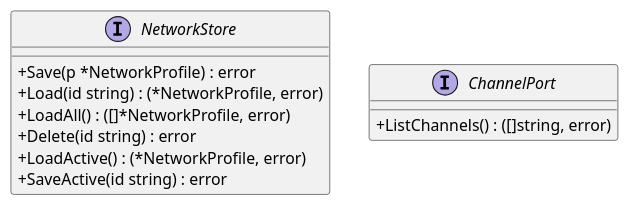
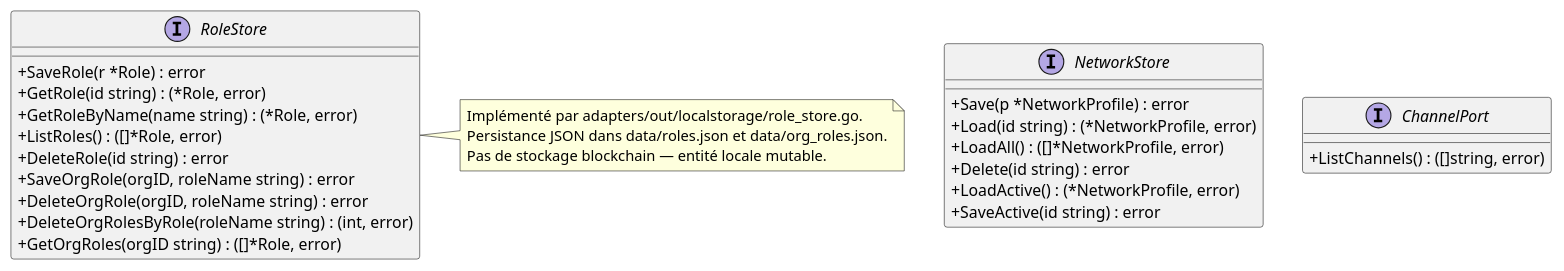
The fifth of 5 diagrams in specs/3-Conception/DC_D2_Administration.md (olivaux/myr), drawn with PlantUML before and after one commit. The commit also changed other lines of this file and 12 other files, not shown here.

````diff
--- a/specs/3-Conception/DC_D2_Administration.md
+++ b/specs/3-Conception/DC_D2_Administration.md
@@ -194,18 +273,35 @@
 ```plantuml
 @startuml
 skinparam classAttributeIconSize 0
 
 interface NetworkStore {
   + Save(p *NetworkProfile) : error
   + Load(id string) : (*NetworkProfile, error)
   + LoadAll() : ([]*NetworkProfile, error)
   + Delete(id string) : error
   + LoadActive() : (*NetworkProfile, error)
   + SaveActive(id string) : error
 }
 
 interface ChannelPort {
   + ListChannels() : ([]string, error)
 }
+
+interface RoleStore {
+  + SaveRole(r *Role) : error
+  + GetRole(id string) : (*Role, error)
+  + GetRoleByName(name string) : (*Role, error)
+  + ListRoles() : ([]*Role, error)
+  + DeleteRole(id string) : error
+  + SaveOrgRole(orgID, roleName string) : error
+  + DeleteOrgRole(orgID, roleName string) : error
+  + DeleteOrgRolesByRole(roleName string) : (int, error)
+  + GetOrgRoles(orgID string) : ([]*Role, error)
+}
+note right of RoleStore
+  Implémenté par adapters/out/localstorage/role_store.go.
+  Persistance JSON dans data/roles.json et data/org_roles.json.
+  Pas de stockage blockchain — entité locale mutable.
+end note
 @enduml
 ```
````
